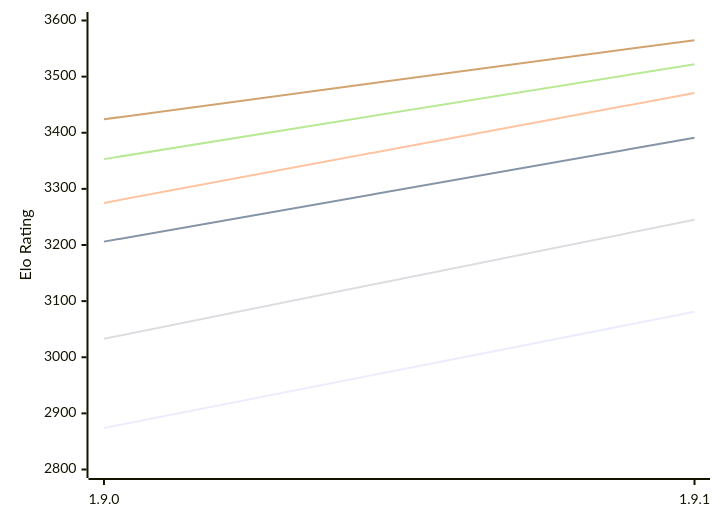
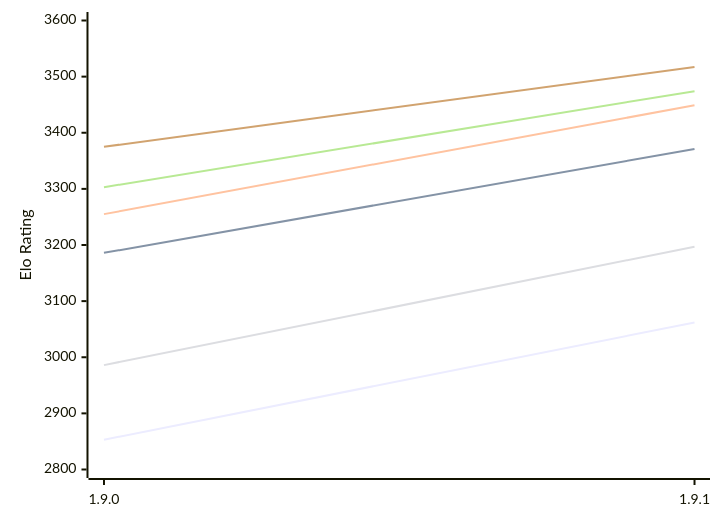
One commit to computer-chess-index/cci changed the diagram in engines/Superpawn.md. Above: the diagram before and after it, drawn with Mermaid. The commit also changed other lines of this file, not shown here.

Commit message:
Update CCI Ratings (ELO VLTC) - 2026-11-08

````diff
--- a/engines/Superpawn.md
+++ b/engines/Superpawn.md
@@ -49,12 +49,12 @@
 ```mermaid
 %%{init: {"theme":"base","themeVariables":{"seriesColors:['#a3a3a3','#222221','#faa371']}}}%%
 xychart-beta
   x-axis ["1.9.0", "1.9.1"]
   y-axis "Elo Rating" 2800 --> 3600
-  line "E1: STC (8.0+0.08s)" [2874, 3081]
-  line "E1: LTC (60.0+0.60s)" [3206, 3391]
-  line "E1: VLTC (2m24s+1.12s)" [3275, 3471]
-  line "P1: STC (8.0+0.08s)" [3033, 3245]
-  line "P1: LTC (60.0+0.60s)" [3353, 3522]
-  line "P1: VLTC (2m24s+1.12s)" [3424, 3565]
+  line "E1: STC (8.0+0.08s)" [2853, 3062]
+  line "E1: LTC (60.0+0.60s)" [3186, 3371]
+  line "E1: VLTC (2m24s+1.12s)" [3255, 3449]
+  line "P1: STC (8.0+0.08s)" [2986, 3197]
+  line "P1: LTC (60.0+0.60s)" [3303, 3474]
+  line "P1: VLTC (2m24s+1.12s)" [3375, 3517]
 ```
````
